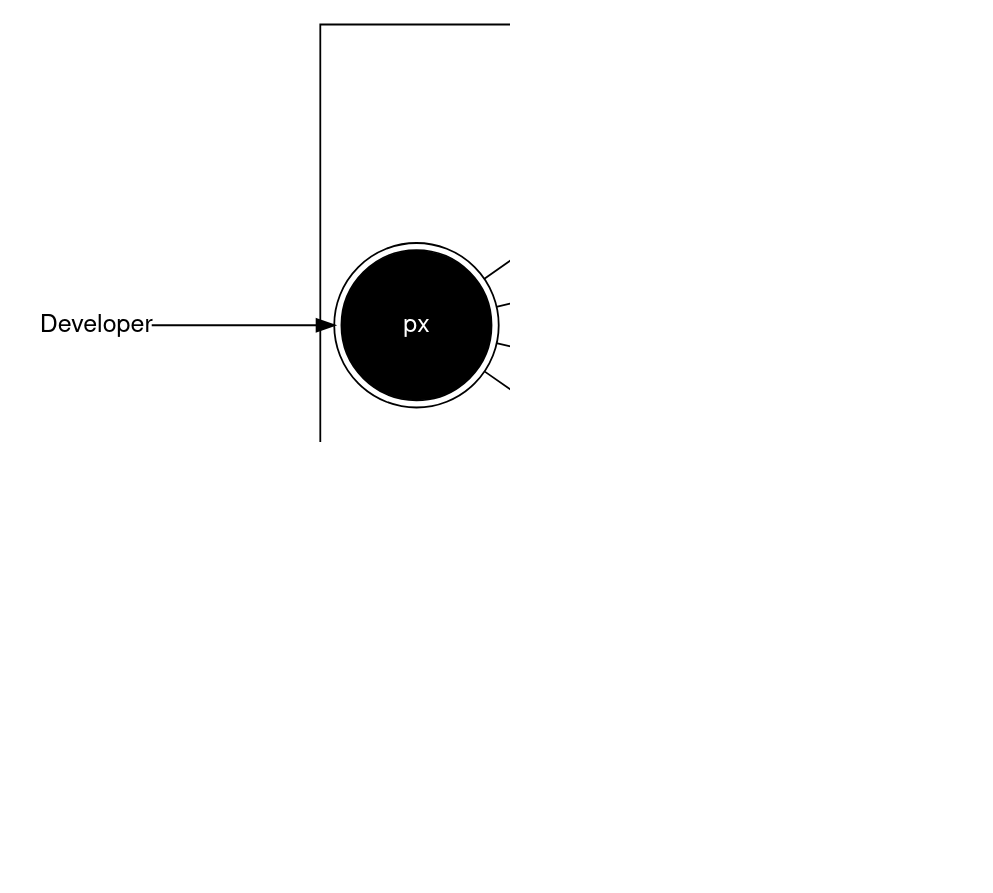
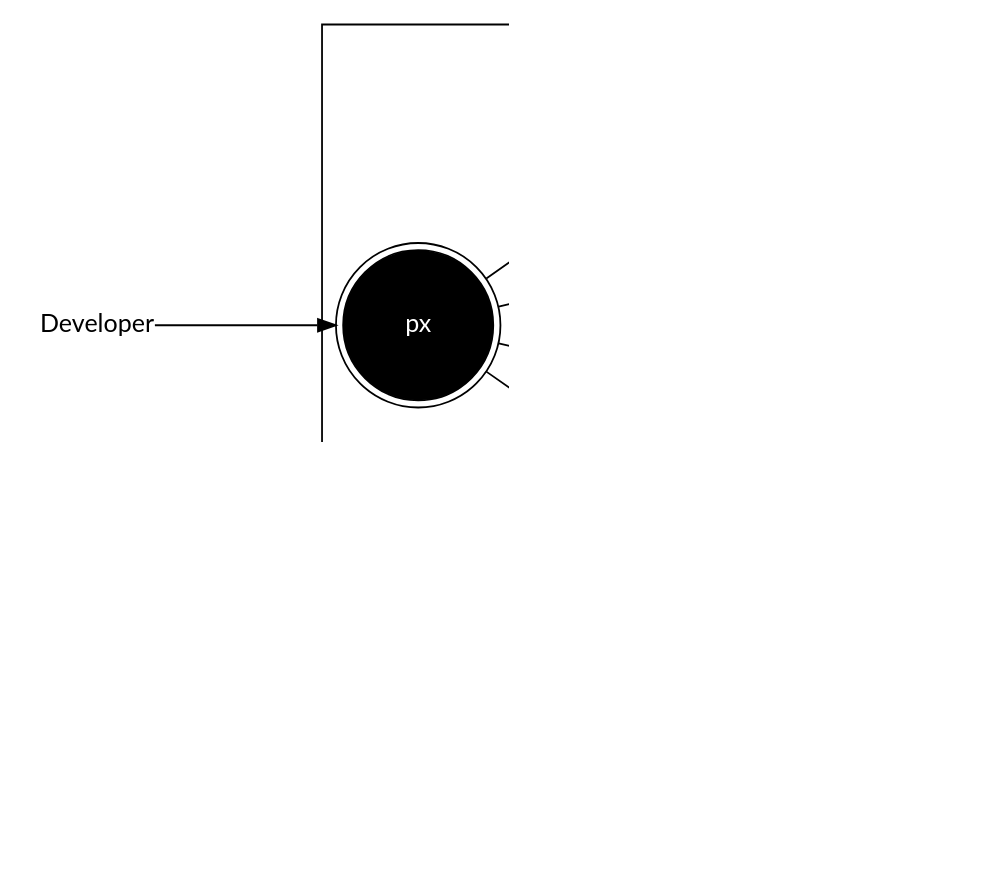
Before and after one commit to patrickbucher/wipro: the diagram in doc/pics/kontextdiagramm.dot, drawn with Graphviz. The commit also changed 14 other files, not shown here.

```diff
--- a/doc/pics/kontextdiagramm.dot
+++ b/doc/pics/kontextdiagramm.dot
@@ -1,47 +1,47 @@
 digraph kontextdiagramm {
 
 	rankdir="LR";
 	dpi="150";
 
-	graph [fontname="Nimbus Sans", nodesep="0.6"];
-	node [fontname="Nimbus Sans"];
-	edge [fontname="Nimbus Sans"];
+	graph [fontname="Lato", nodesep="0.6"];
+	node [fontname="Lato"];
+	edge [fontname="Lato"];
 
 	subgraph cluster_systemkontext {
-		fontname="Nimbus Sans";
+		fontname="Lato";
 		label="Systemkontext";
 
 		"IDP" [shape="ellipse"];
 		"IDP API" [shape="box"];
 
 		"Backend" [shape="ellipse"];
 		"User API" [shape="box"];
 		"Agent API" [shape="box"];
 		"Admin API" [shape="box"];
 
 		"px" [shape="doublecircle",style="filled",fillcolor="black",fontcolor="white",margin="0.3"];
 	}
 
 	"Frontend (Portal)" [shape="ellipse"];
 	"Frontend (Backoffice)" [shape="ellipse"];
 
 	"Portal User" [shape="plain"];
 	"Backoffice User" [shape="plain"];
 	"Scanning Center" [shape="plain"];
 	"Developer" [shape="plain"];
 
 	"IDP API" -> "IDP";
 	"Frontend (Portal)" -> "IDP API";
 	"Frontend (Backoffice)" -> "IDP API";
 	"Scanning Center" -> "IDP API";
 
 	"Portal User" -> "Frontend (Portal)" -> "User API" -> "Backend";
 	"Backoffice User" -> "Frontend (Backoffice)" -> "Admin API" -> "Backend";
 	"Scanning Center" -> "Agent API" -> "Backend";
 
 	"Developer" -> "px";
 	"px" -> "IDP API";
 	"px" -> "User API";
 	"px" -> "Admin API";
 	"px" -> "Agent API";
 }
```
